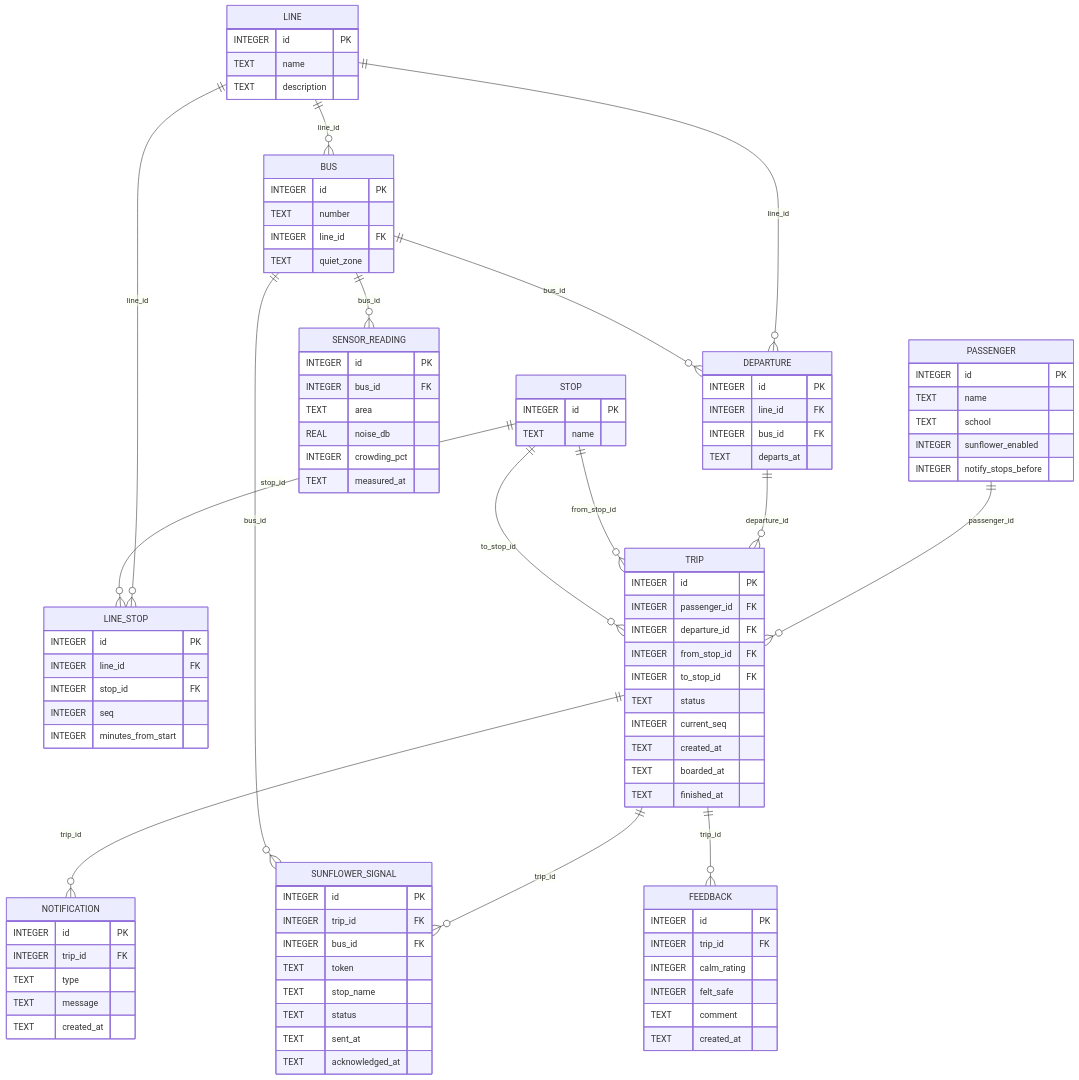
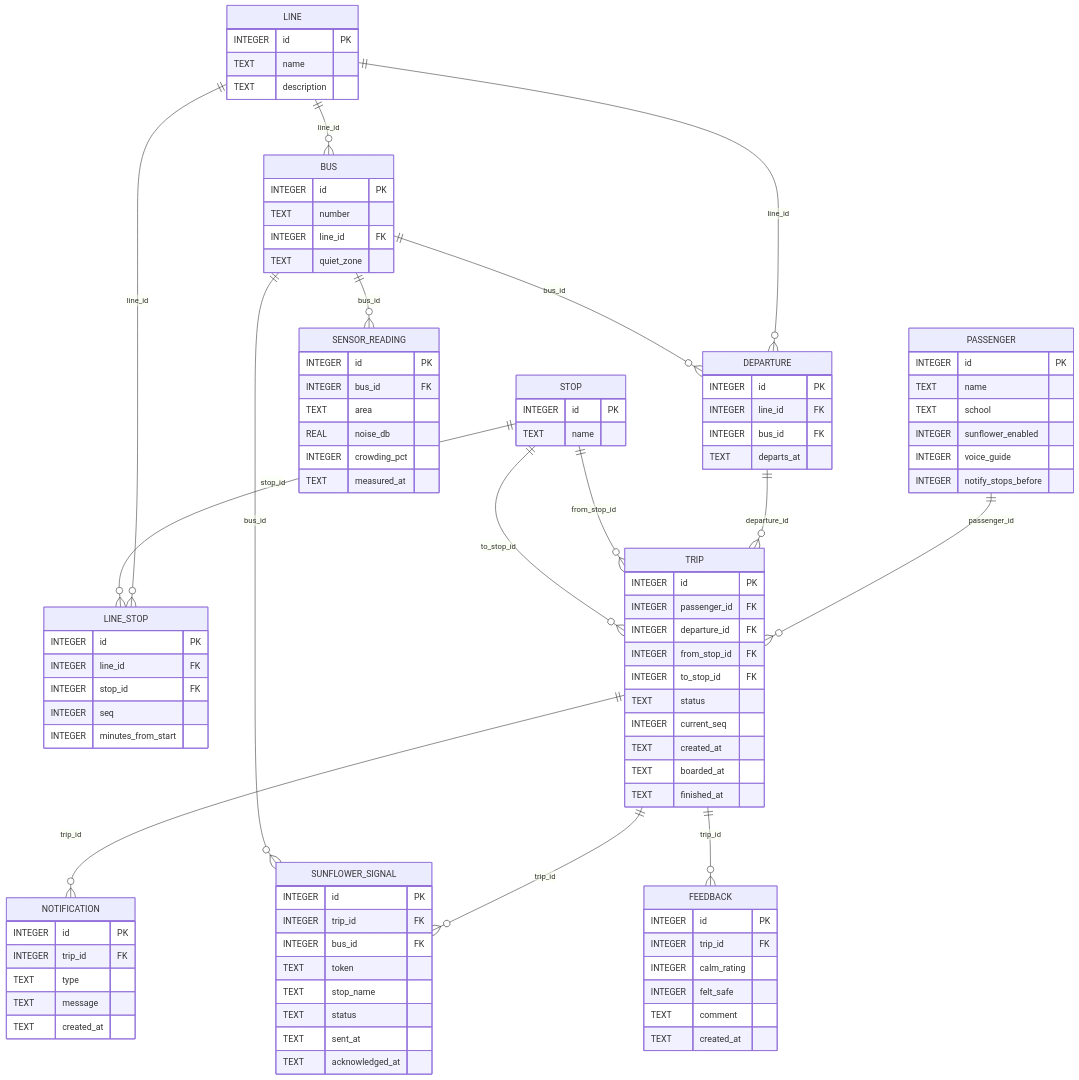
The first of 2 diagrams in 1-Movia/DOCS.md (EKmiwn/e2026-3-sem-b), drawn with Mermaid before and after one commit. The commit also changed other lines of this file and 14 other files, not shown here.

```diff
--- a/1-Movia/DOCS.md
+++ b/1-Movia/DOCS.md
@@ -98,6 +122,7 @@
         TEXT name
         TEXT school
         INTEGER sunflower_enabled
+        INTEGER voice_guide
         INTEGER notify_stops_before
     }
     TRIP {
```
